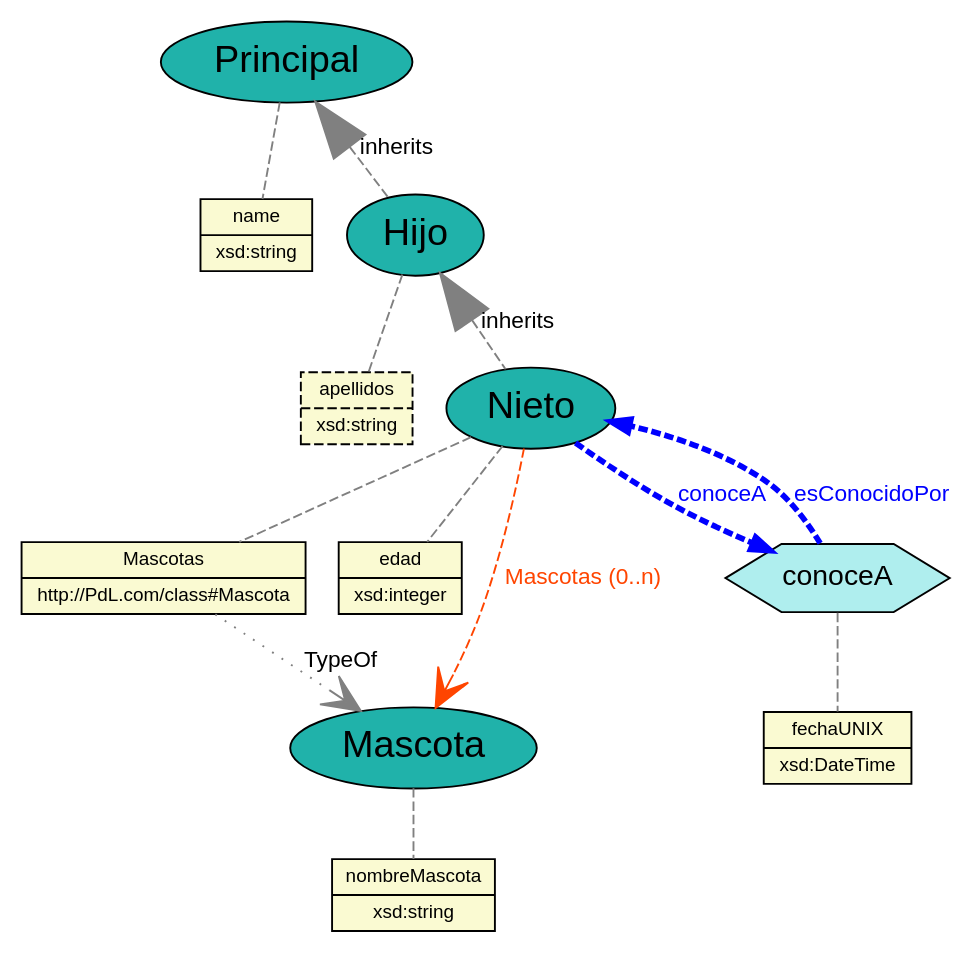
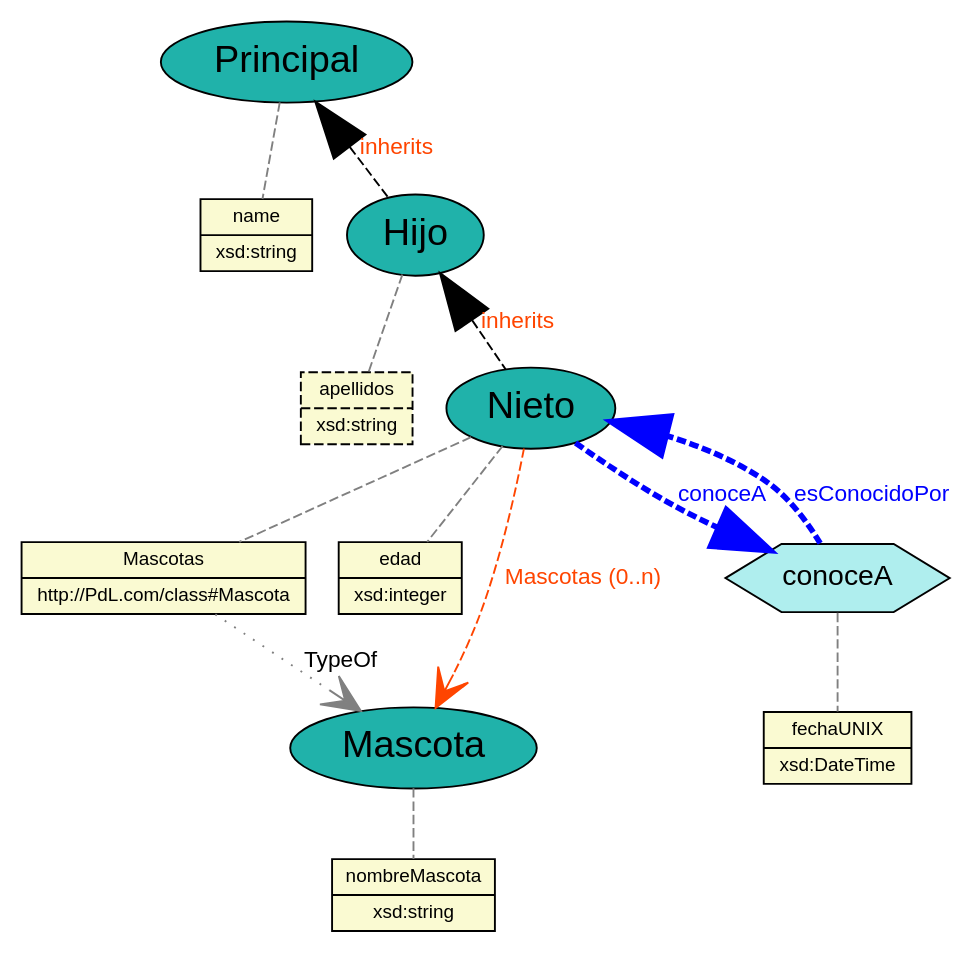
Before and after one commit to JuanCasado/Lenguajes: the diagram in Output/csv_dot2_domain.dot, drawn with Graphviz. The commit also changed 17 other files, not shown here.

```diff
--- a/Output/csv_dot2_domain.dot
+++ b/Output/csv_dot2_domain.dot
@@ -1,58 +1,59 @@
 graph domain{
 	//Defecto
 	node [fontname="Arial"];
 	edge [fontname="Arial",fontsize=12];
 
 	//PROPERTIES
-	node[fontsize="10", fillcolor="lightgoldenrodyellow", style="filled", shape="record", ]
-
+	  node [shape="record",style="filled",fillcolor="lightgoldenrodyellow",fontsize="10"]
 	
 	property_apellidos [label="{apellidos|xsd:string}",style="filled,dashed"];
 	property_nombreMascota [label="{nombreMascota|xsd:string}"];
 	property_Mascotas [label="{Mascotas|http://PdL.com/class#Mascota}"];
 	property_name [label="{name|xsd:string}"];
 	property_edad [label="{edad|xsd:integer}"];
 	property_fechaUNIX [label="{fechaUNIX|xsd:DateTime}"];
 
 	//CLASES
-	node[fontsize="20", fillcolor="lightseagreen", style="filled", shape="ellipse", ]
-
+	node [shape="ellipse",style="filled",fillcolor="lightseagreen",fontsize="20"]	
 	
 	class_Hijo [label="Hijo"];
 	class_Principal [label="Principal"];
 	class_Mascota [label="Mascota"];
 	class_Nieto [label="Nieto"];
 
 	//RELACIONES
-	node[fontsize="15", fillcolor="paleturquoise", style="filled", shape="hexagon", ]
-
+	node [shape="hexagon",style="filled",fillcolor="paleturquoise",fontsize="15"]	
+	
 	relationship_conoceA [label=conoceA];
 
 	//CLASE -- PROPIEDAD
-	edge[len="3", style="dashed", color="grey", ]
 
+edge[style="dashed",len="3",color="grey"]	
 	class_Hijo -- property_apellidos;
 	class_Principal -- property_name;
 	class_Mascota -- property_nombreMascota;
 	class_Nieto -- property_edad;
 	class_Nieto -- property_Mascotas;
 
 	//RELACION -- PROPIEDAD
+	
 	relationship_conoceA -- property_fechaUNIX;
 
 	// uso indirecto de definiciÃ³n de tipos
-	property_Mascotas -- class_Mascota [arrowsize="2", style="dotted", arrowhead="vee", dir="forward", label="TypeOf"];
+	edge[style="dotted",arrowhead="vee",dir="forward",arrowsize="2"];
+	property_Mascotas -- class_Mascota [label="TypeOf"];
 
 	// asociaciones a travÃ©s de atributos marcadas de forma directa
-	class_Nieto -- class_Mascota [label="Mascotas (0..n) "fontcolor="orangered", color="orangered", style="dashed", arrowhead="vee",dir="forward",arrowsize="2"];
+	edge[fontcolor="orangered", color="orangered", style="dashed", arrowhead="vee",dir="forward",arrowsize="2"];
+	class_Nieto -- class_Mascota [label="Mascotas (0..n) "];
 
 	// herencias
-	class_Principal -- class_Hijo [arrowsize="3", arrowhead="normal", dir="back", label="inherits"];
-	class_Hijo -- class_Nieto [arrowsize="3", arrowhead="normal", dir="back", label="inherits"];
+	edge[len="5",color="black",arrowhead="normal",arrowsize="3",dir="back",]	class_Principal -- class_Hijo [label="inherits"];
+	class_Hijo -- class_Nieto [label="inherits"];
 
 	// enlaces de relaciones
-	edge[len="2",penwidth="3",color="blue"]
-	class_Nieto -- relationship_conoceA [label="conoceA",fontcolor="blue",dir="forward",arrowhead="normal"];
-	relationship_conoceA -- class_Nieto [label="esConocidoPor",fontcolor="blue",dir="forward",arrowhead="normal"];
+	edge[len="2",penwidth="3",color="blue",fontcolor="blue",dir="forward",arrowhead="normal"]
+	class_Nieto -- relationship_conoceA [label="conoceA"];
+	relationship_conoceA -- class_Nieto [label="esConocidoPor"];
 
 }
```
